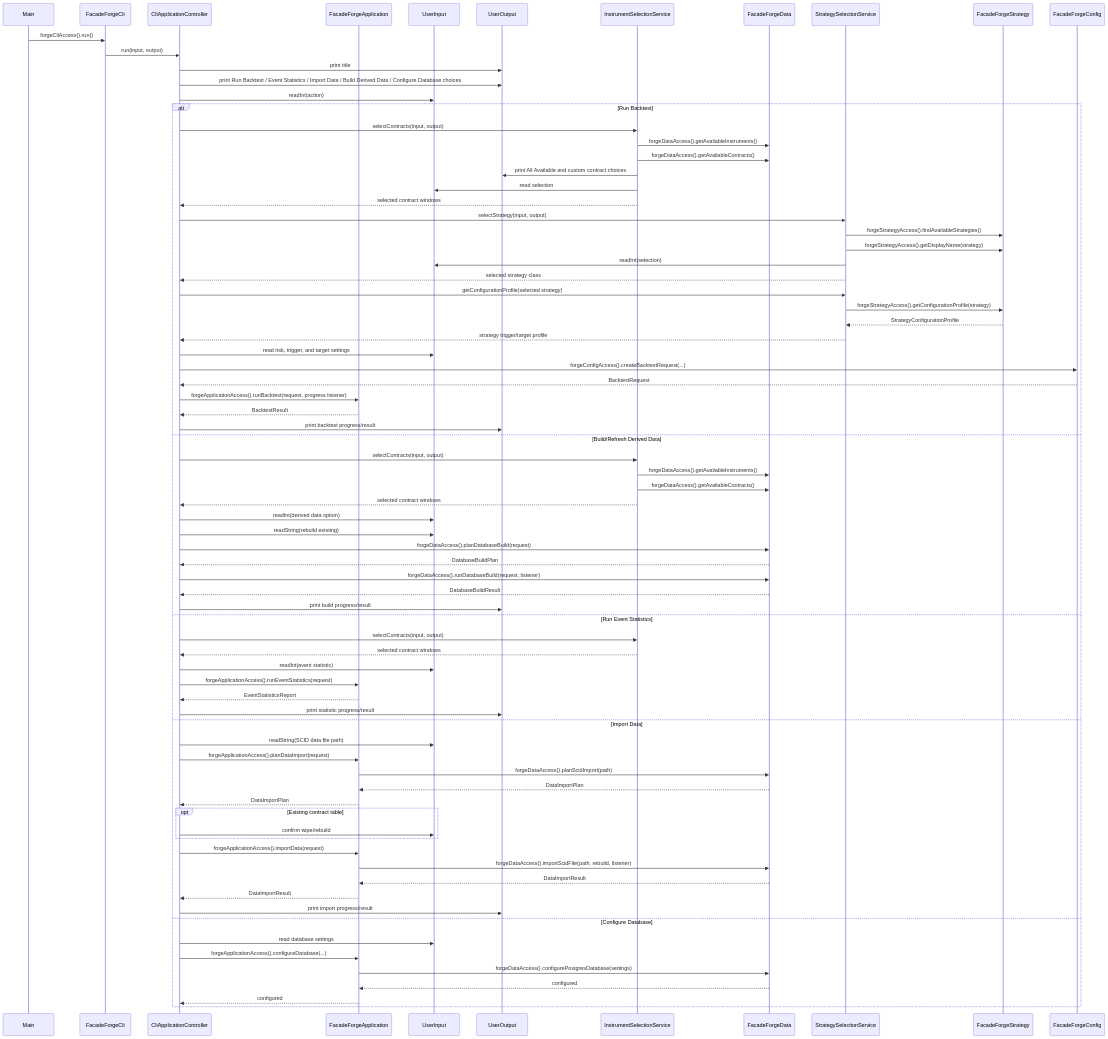
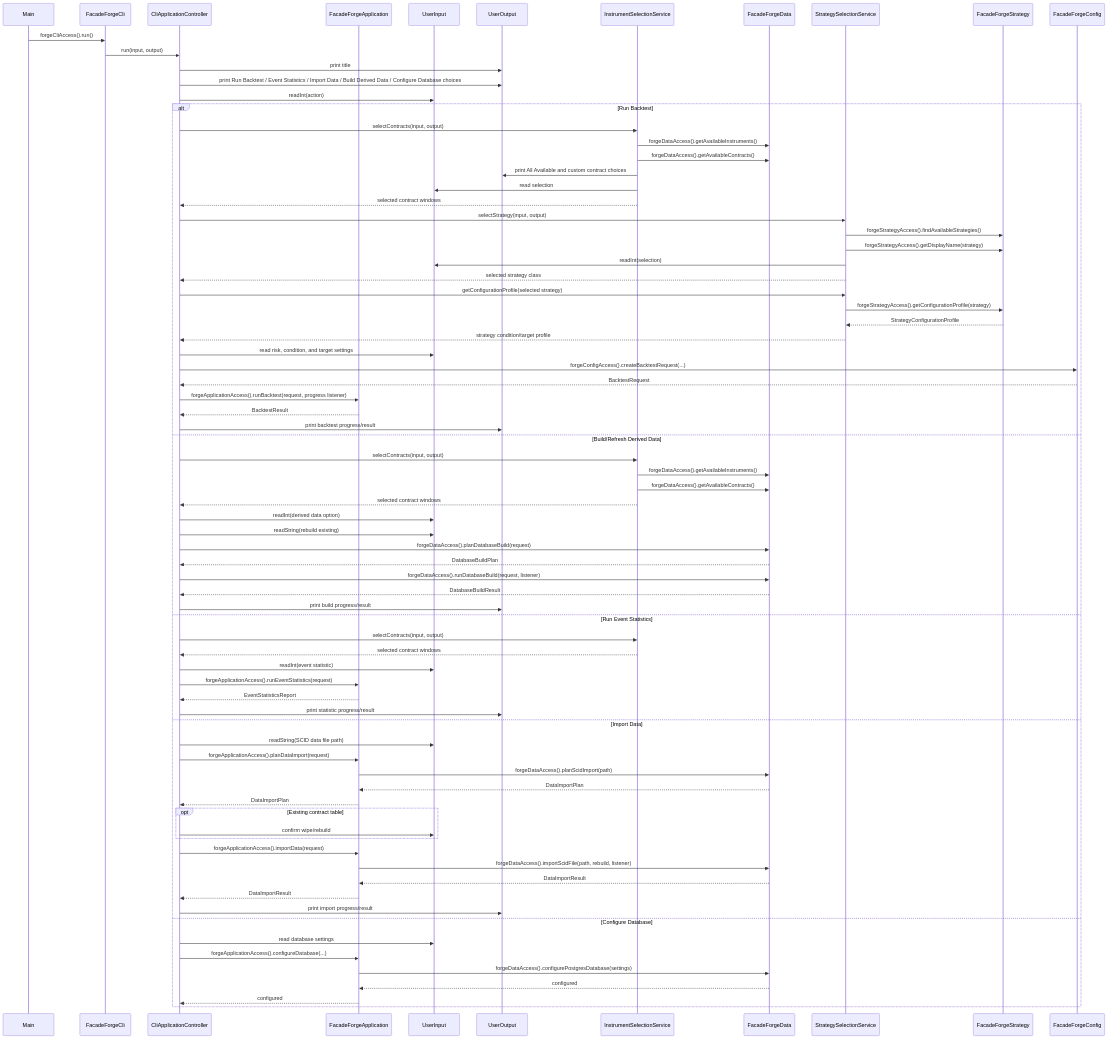
The second of 22 diagrams in class-model.md (probst-paul/FORGE), drawn with Mermaid before and after one commit. The commit also changed other lines of this file and 125 other files, not shown here.

```diff
--- a/class-model.md
+++ b/class-model.md
@@ -108,8 +108,8 @@
         Cli->>Strategies: getConfigurationProfile(selected strategy)
         Strategies->>Strategy: forgeStrategyAccess().getConfigurationProfile(strategy)
         Strategy-->>Strategies: StrategyConfigurationProfile
-        Strategies-->>Cli: strategy trigger/target profile
-        Cli->>Input: read risk, trigger, and target settings
+        Strategies-->>Cli: strategy condition/target profile
+        Cli->>Input: read risk, condition, and target settings
         Cli->>Config: forgeConfigAccess().createBacktestRequest(...)
         Config-->>Cli: BacktestRequest
         Cli->>App: forgeApplicationAccess().runBacktest(request, progress listener)
```
